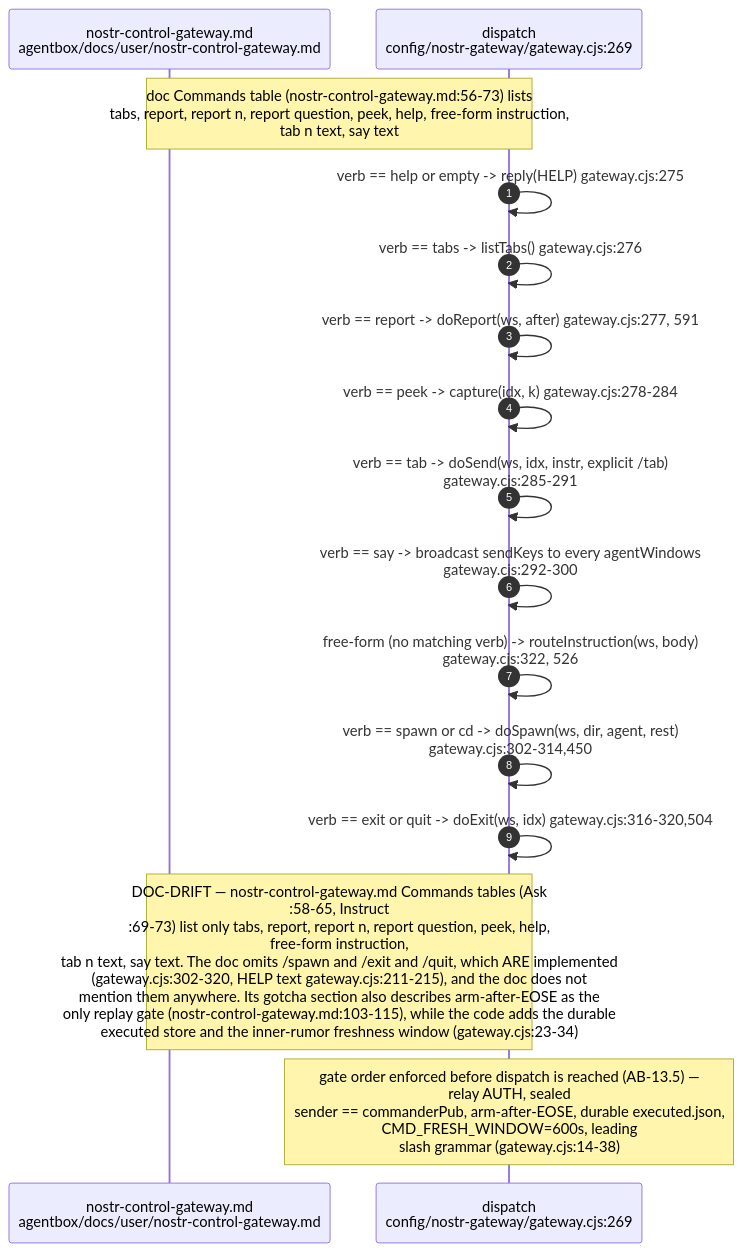
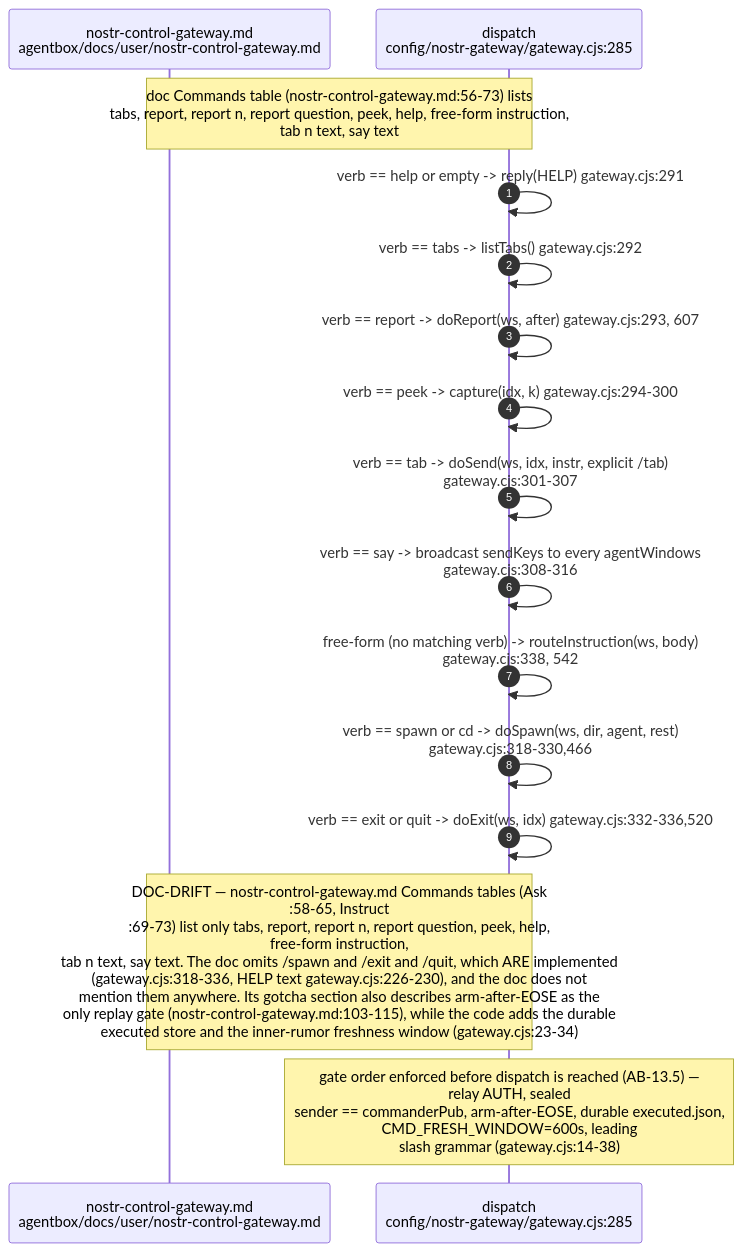
Before and after one commit to DreamLab-AI/VisionFlow: the tenth of 16 diagrams in docs/diagrams/agentbox/13-nostr-relay-gateway-bridge-mirror.md, drawn with Mermaid. The commit also changed other lines of this file and 36 other files, not shown here.

First line of the commit message:
docs(diagrams): re-derive and re-stamp agentbox, dream-engine, visioncraft, visiontouch and vowl topics; drop LAN addresses

````diff
--- a/docs/diagrams/agentbox/13-nostr-relay-gateway-bridge-mirror.md
+++ b/docs/diagrams/agentbox/13-nostr-relay-gateway-bridge-mirror.md
@@ -441,19 +442,19 @@
 ```mermaid
 sequenceDiagram
     autonumber
     participant DOC as nostr-control-gateway.md<br/>agentbox/docs/user/nostr-control-gateway.md
-    participant DISP as dispatch<br/>config/nostr-gateway/gateway.cjs:269
+    participant DISP as dispatch<br/>config/nostr-gateway/gateway.cjs:285
 
 Note over DOC,DISP: doc Commands table (nostr-control-gateway.md:56-73) lists<br/>tabs, report, report n, report question, peek, help, free-form instruction,<br/>tab n text, say text
-    DISP->>DISP: verb == help or empty -> reply(HELP) gateway.cjs:275
-    DISP->>DISP: verb == tabs -> listTabs() gateway.cjs:276
-    DISP->>DISP: verb == report -> doReport(ws, after) gateway.cjs:277, 591
-    DISP->>DISP: verb == peek -> capture(idx, k) gateway.cjs:278-284
-DISP->>DISP: verb == tab -> doSend(ws, idx, instr, explicit /tab)<br/>gateway.cjs:285-291
-DISP->>DISP: verb == say -> broadcast sendKeys to every agentWindows<br/>gateway.cjs:292-300
-DISP->>DISP: free-form (no matching verb) -> routeInstruction(ws, body)<br/>gateway.cjs:322, 526
-DISP->>DISP: verb == spawn or cd -> doSpawn(ws, dir, agent, rest)<br/>gateway.cjs:302-314,450
-    DISP->>DISP: verb == exit or quit -> doExit(ws, idx) gateway.cjs:316-320,504
-Note over DOC,DISP: DOC-DRIFT — nostr-control-gateway.md Commands tables (Ask<br/>:58-65, Instruct<br/>:69-73) list only tabs, report, report n, report question, peek, help,<br/>free-form instruction,<br/>tab n text, say text. The doc omits /spawn and /exit and /quit, which ARE implemented<br/>(gateway.cjs:302-320, HELP text gateway.cjs:211-215), and the doc does not<br/>mention them anywhere. Its gotcha section also describes arm-after-EOSE as the<br/>only replay gate (nostr-control-gateway.md:103-115), while the code adds the durable<br/>executed store and the inner-rumor freshness window (gateway.cjs:23-34)
+    DISP->>DISP: verb == help or empty -> reply(HELP) gateway.cjs:291
+    DISP->>DISP: verb == tabs -> listTabs() gateway.cjs:292
+    DISP->>DISP: verb == report -> doReport(ws, after) gateway.cjs:293, 607
+    DISP->>DISP: verb == peek -> capture(idx, k) gateway.cjs:294-300
+DISP->>DISP: verb == tab -> doSend(ws, idx, instr, explicit /tab)<br/>gateway.cjs:301-307
+DISP->>DISP: verb == say -> broadcast sendKeys to every agentWindows<br/>gateway.cjs:308-316
+DISP->>DISP: free-form (no matching verb) -> routeInstruction(ws, body)<br/>gateway.cjs:338, 542
+DISP->>DISP: verb == spawn or cd -> doSpawn(ws, dir, agent, rest)<br/>gateway.cjs:318-330,466
+    DISP->>DISP: verb == exit or quit -> doExit(ws, idx) gateway.cjs:332-336,520
+Note over DOC,DISP: DOC-DRIFT — nostr-control-gateway.md Commands tables (Ask<br/>:58-65, Instruct<br/>:69-73) list only tabs, report, report n, report question, peek, help,<br/>free-form instruction,<br/>tab n text, say text. The doc omits /spawn and /exit and /quit, which ARE implemented<br/>(gateway.cjs:318-336, HELP text gateway.cjs:226-230), and the doc does not<br/>mention them anywhere. Its gotcha section also describes arm-after-EOSE as the<br/>only replay gate (nostr-control-gateway.md:103-115), while the code adds the durable<br/>executed store and the inner-rumor freshness window (gateway.cjs:23-34)
 Note over DISP: gate order enforced before dispatch is reached (AB-13.5) —<br/>relay AUTH, sealed<br/>sender == commanderPub, arm-after-EOSE, durable executed.json,<br/>CMD_FRESH_WINDOW=600s, leading<br/>slash grammar (gateway.cjs:14-38)
 ```
````
